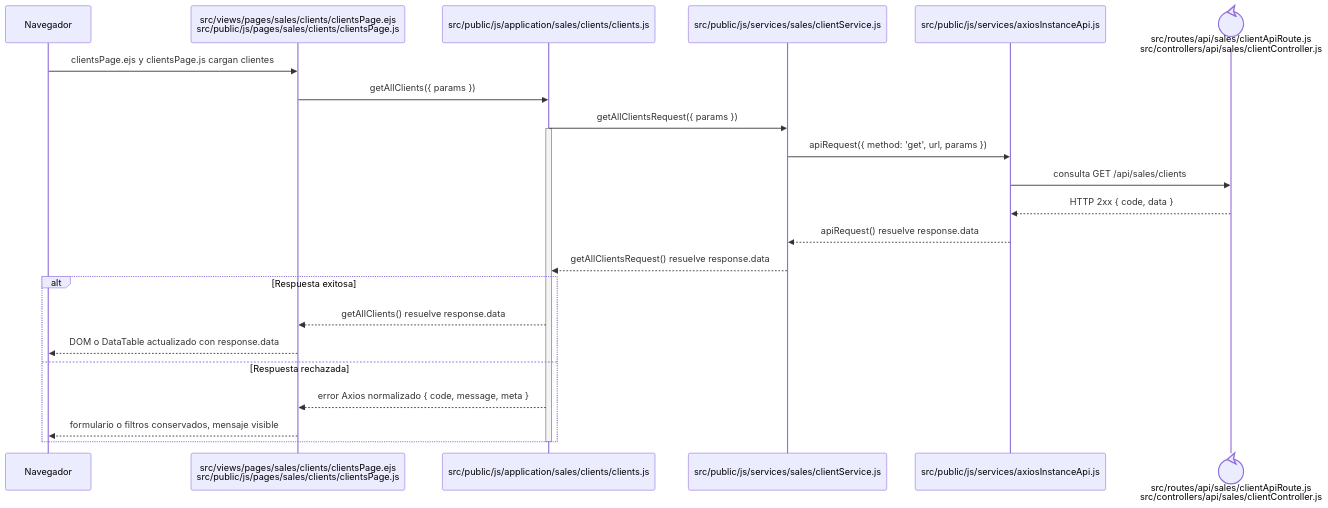
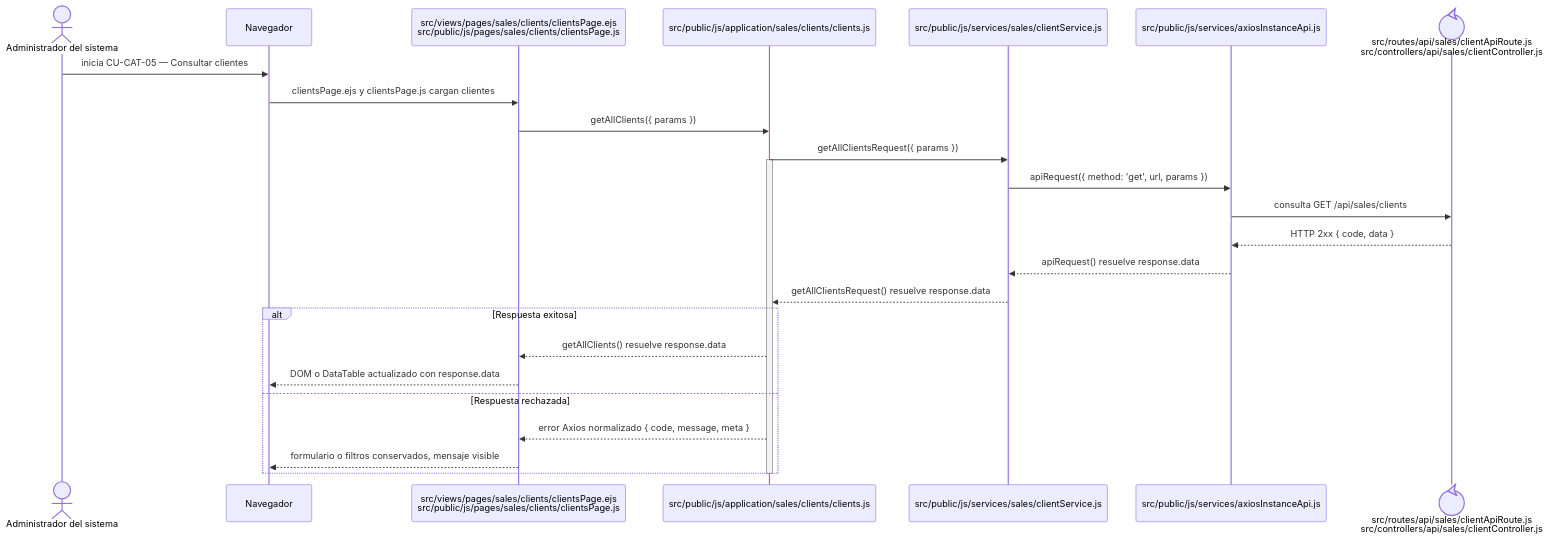
The diagram in docs/architecture/frontend-code-sequences/catalogs/cu-cat-05.md (gpgsistemas01/nexus), drawn with Mermaid before and after one commit. The commit also changed 105 other files, not shown here.

````diff
--- a/docs/architecture/frontend-code-sequences/catalogs/cu-cat-05.md
+++ b/docs/architecture/frontend-code-sequences/catalogs/cu-cat-05.md
@@ -6,27 +6,29 @@
 ```mermaid
 sequenceDiagram
+    actor Initiator as Administrador del sistema
     participant Browser as Navegador
     participant View as src/views/pages/sales/clients/clientsPage.ejs<br/>src/public/js/pages/sales/clients/clientsPage.js
     participant Application as src/public/js/application/sales/clients/clients.js
     participant Request as src/public/js/services/sales/clientService.js
     participant HTTP as src/public/js/services/axiosInstanceApi.js
     participant Transport@{ "type": "control" } as src/routes/api/sales/clientApiRoute.js<br/>src/controllers/api/sales/clientController.js
 
+    Initiator->>Browser: inicia CU-CAT-05 — Consultar clientes
     Browser->>View: clientsPage.ejs y clientsPage.js cargan clientes
     View->>Application: getAllClients({ params })
     Application->>Request: getAllClientsRequest({ params })
     activate Application
     Request->>HTTP: apiRequest({ method: 'get', url, params })
     HTTP->>Transport: consulta GET /api/sales/clients
     Transport-->>HTTP: HTTP 2xx { code, data }
     HTTP-->>Request: apiRequest() resuelve response.data
     Request-->>Application: getAllClientsRequest() resuelve response.data
     alt Respuesta exitosa
         Application-->>View: getAllClients() resuelve response.data
         View-->>Browser: DOM o DataTable actualizado con response.data
     else Respuesta rechazada
         Application-->>View: error Axios normalizado { code, message, meta }
         View-->>Browser: formulario o filtros conservados, mensaje visible
     end
     deactivate Application
 ```
````
